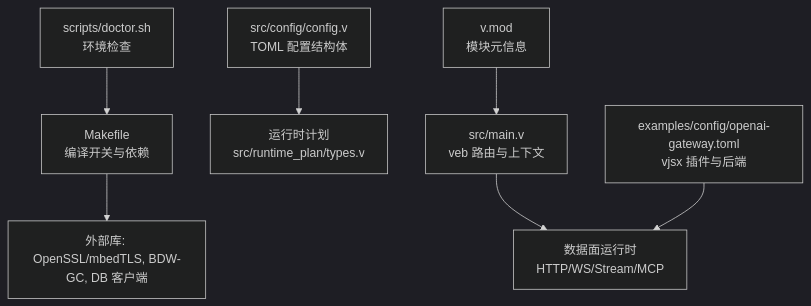
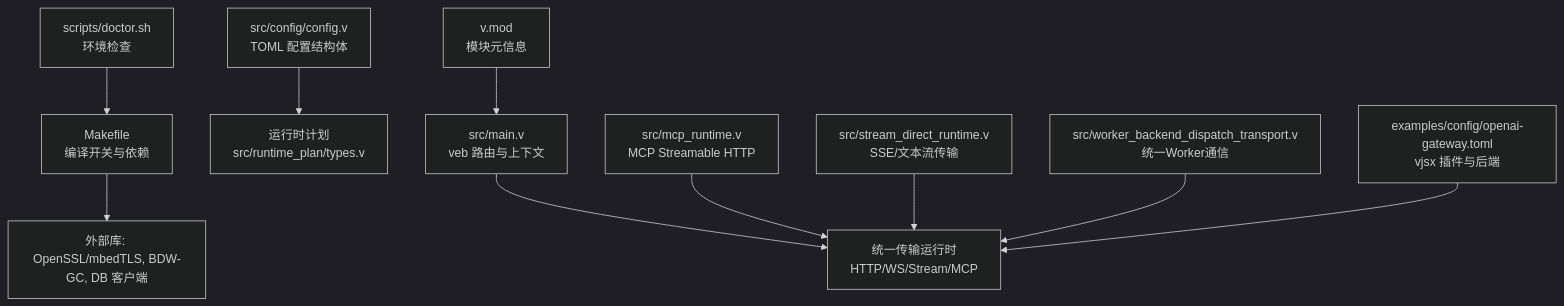
The first of 11 diagrams in .qoder/repowiki/zh/content/项目概述/技术栈.md (guweigang/vhttpd), drawn with Mermaid (dark theme) before and after one commit. The commit also changed other lines of this file and 376 other files, not shown here.

````diff
--- a/.qoder/repowiki/zh/content/项目概述/技术栈.md
+++ b/.qoder/repowiki/zh/content/项目概述/技术栈.md
@@ -50,9 +66,12 @@
 ```mermaid
 graph TB
-A["src/main.v<br/>veb 路由与上下文"] --> B["数据面运行时<br/>HTTP/WS/Stream/MCP"]
+A["src/main.v<br/>veb 路由与上下文"] --> B["统一传输运行时<br/>HTTP/WS/Stream/MCP"]
 C["src/config/config.v<br/>TOML 配置结构体"] --> D["运行时计划<br/>src/runtime_plan/types.v"]
-E["Makefile<br/>编译开关与依赖"] --> F["外部库: OpenSSL/mbedTLS, BDW-GC, DB 客户端"]
-G["scripts/doctor.sh<br/>环境检查"] --> E
-H["v.mod<br/>模块元信息"] --> A
-I["examples/config/openai-gateway.toml<br/>vjsx 插件与后端"] --> B
+E["src/mcp_runtime.v<br/>MCP Streamable HTTP"] --> B
+F["src/stream_direct_runtime.v<br/>SSE/文本流传输"] --> B
+G["src/worker_backend_dispatch_transport.v<br/>统一Worker通信"] --> B
+H["Makefile<br/>编译开关与依赖"] --> I["外部库: OpenSSL/mbedTLS, BDW-GC, DB 客户端"]
+J["scripts/doctor.sh<br/>环境检查"] --> H
+K["v.mod<br/>模块元信息"] --> A
+L["examples/config/openai-gateway.toml<br/>vjsx 插件与后端"] --> B
 ```
````
